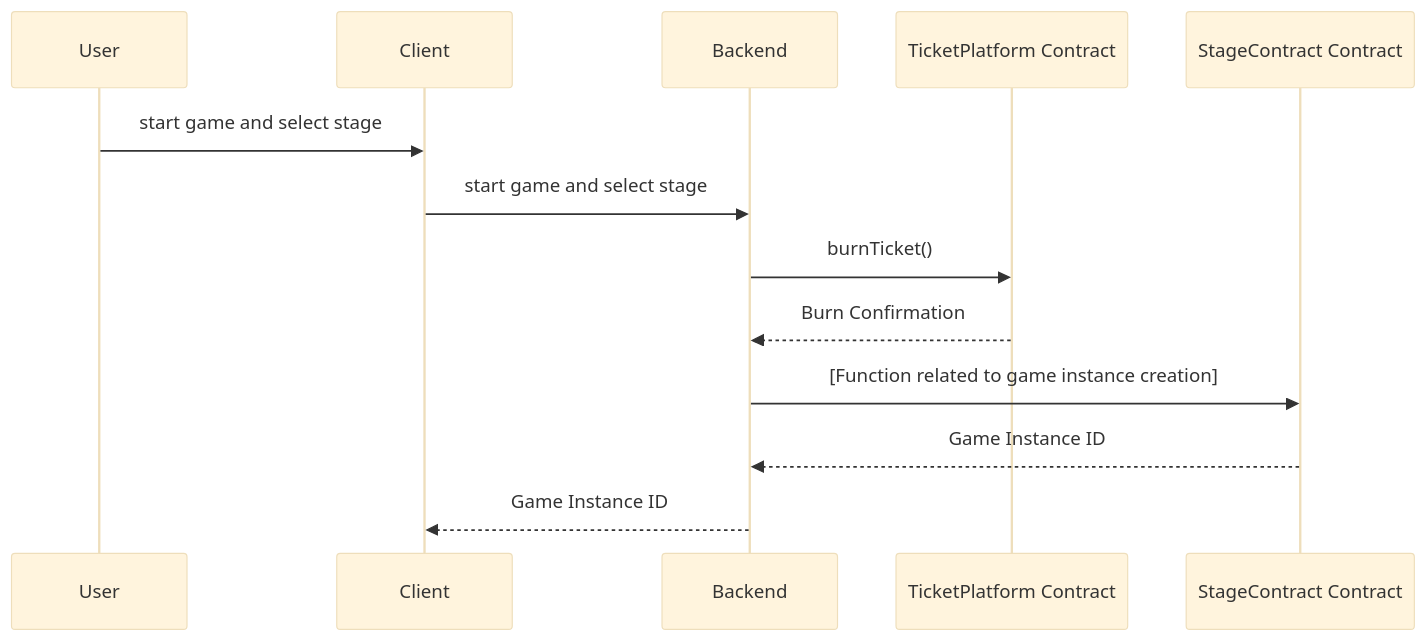
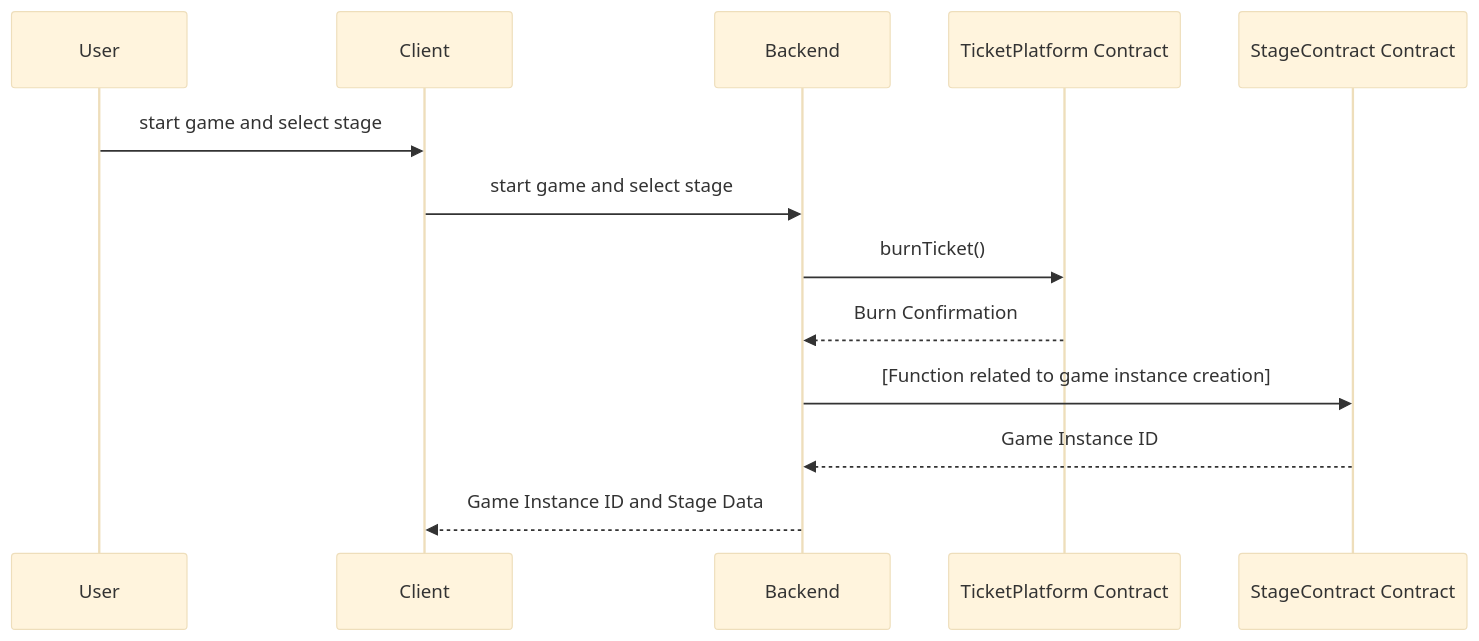
Before and after one commit to monaou/oasis2023-phasser: the third of 5 diagrams in mermaid/contract_dat_flow.md, drawn with Mermaid (base theme).

Commit message:
fix : md file

````diff
--- a/mermaid/contract_dat_flow.md
+++ b/mermaid/contract_dat_flow.md
@@ -34,17 +34,17 @@
 ```mermaid
 sequenceDiagram
     participant A as User
     participant B as Client
     participant C as Backend
     participant E1 as TicketPlatform Contract
     participant E2 as StageContract Contract
     
     A ->> B: start game and select stage
     B ->> C: start game and select stage
     C ->> E1: burnTicket()
     E1 -->> C: Burn Confirmation
     C ->> E2: [Function related to game instance creation]
     E2 -->> C: Game Instance ID
-    C -->> B: Game Instance ID
+    C -->> B: Game Instance ID and Stage Data
 
 ```
````
